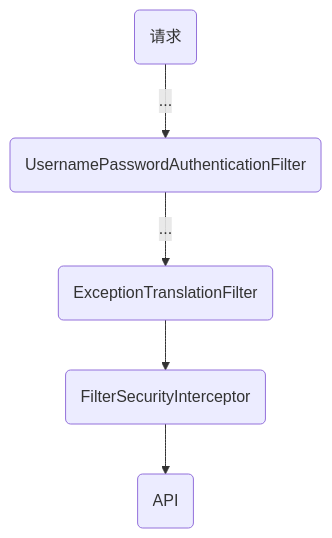
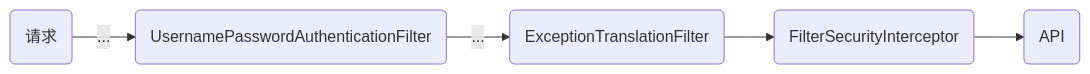
Before and after one commit to poppop9/obsidian: the diagram in 计算机/JavaWeb/后端/Spring Security.md, drawn with Mermaid. The commit also changed 2 other files, not shown here.

Commit message:
vault backup: 2024-02-27 22:46:16

````diff
--- a/计算机/JavaWeb/后端/Spring Security.md
+++ b/计算机/JavaWeb/后端/Spring Security.md
@@ -39,7 +39,7 @@
 ```mermaid
-graph
+graph LR
     A(请求) -->|...| B(UsernamePasswordAuthenticationFilter)
     B -->|...| C(ExceptionTranslationFilter)
     C --> D(FilterSecurityInterceptor)
     D --> E(API)
 ```
````
